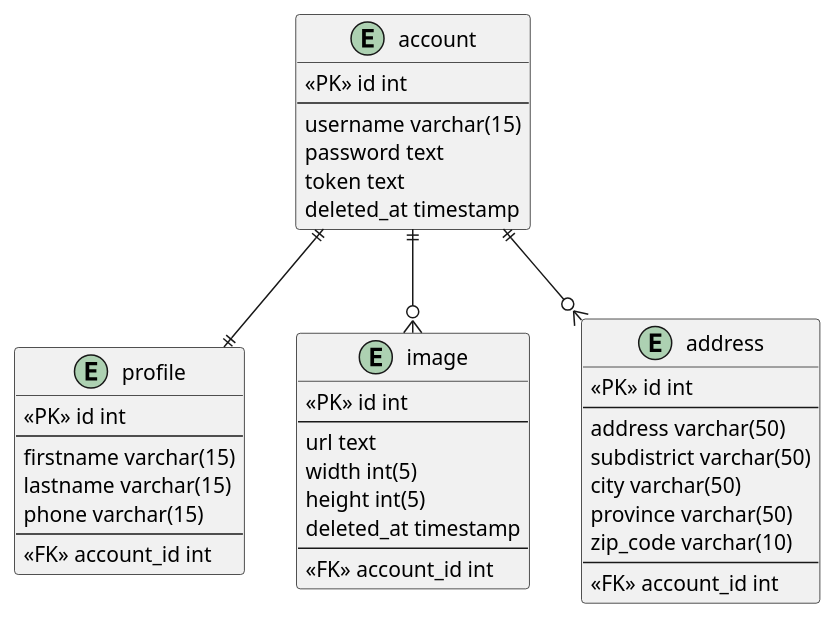
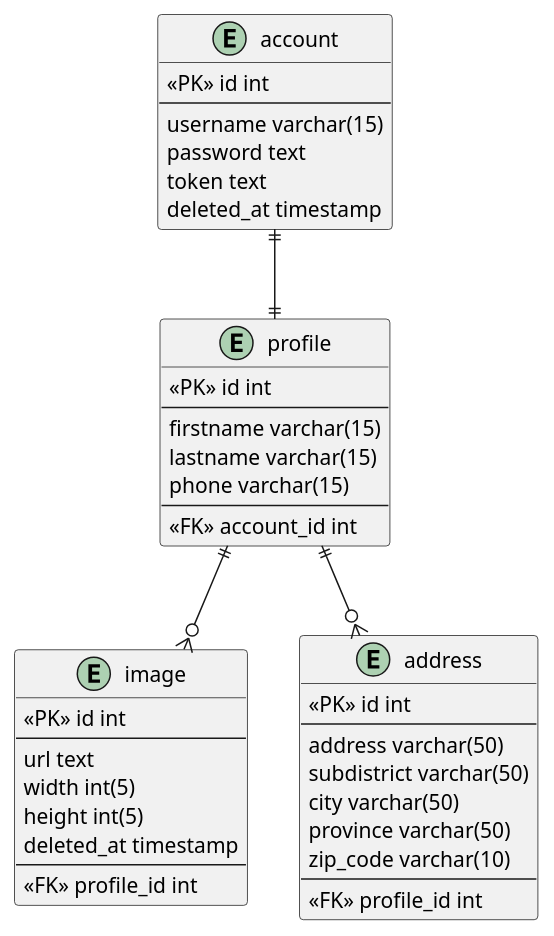
One commit to rhezaas/hcl changed the diagram in design/erd/user.puml. Above: the diagram before and after it, drawn with PlantUML. The commit also changed 4 other files, not shown here.

```diff
--- a/design/erd/user.puml
+++ b/design/erd/user.puml
@@ -1,50 +1,50 @@
 @startuml user
 
 entity profile {
     <<PK>> id int
     --
     firstname varchar(15)
     lastname varchar(15)
     phone varchar(15)
     --
     <<FK>> account_id int
 }
 
 entity account {
     <<PK>> id int
     --
     username varchar(15)
     password text
     token text
     deleted_at timestamp
 }
 
 entity image {
     <<PK>> id int
     --
     url text
     width int(5)
     height int(5)
     deleted_at timestamp
     --
-    <<FK>> account_id int
+    <<FK>> profile_id int
 }
 
 entity address {
     <<PK>> id int
     --
     address varchar(50)
     subdistrict varchar(50)
     city varchar(50)
     province varchar(50)
     zip_code varchar(10)
     --
-    <<FK>> account_id int
+    <<FK>> profile_id int
 }
 
 account ||--|| profile
-account ||--o{ image
-account ||--o{ address
+profile ||--o{ image
+profile ||--o{ address
 
 
 @enduml
```
